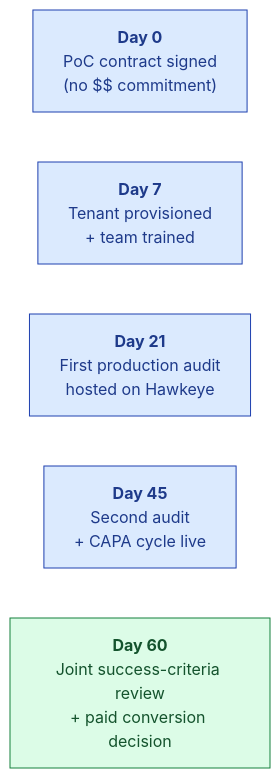
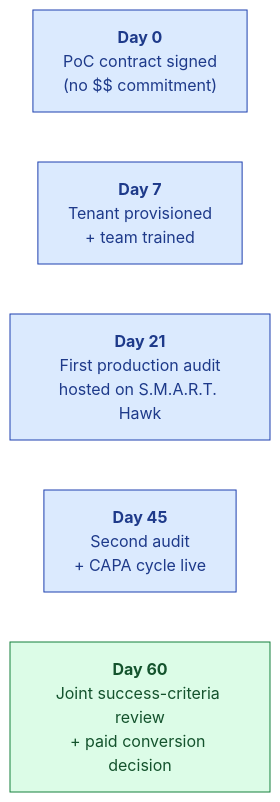
Before and after one commit to hawkeyetransact-dotcom/doc_v2: the fourth of 5 diagrams in 09-sales-marketing/pitch-materials/QA-HEAD-DECK.md, drawn with Mermaid. The commit also changed other lines of this file and 105 other files, not shown here.

First line of the commit message:
Rebrand docs: Hawkeye -> S.M.A.R.T. Hawk; S.M.A.R.T. five-pillar pipeline

````diff
--- a/09-sales-marketing/pitch-materials/QA-HEAD-DECK.md
+++ b/09-sales-marketing/pitch-materials/QA-HEAD-DECK.md
@@ -209,11 +209,11 @@
 ```mermaid
 flowchart LR
     classDef step fill:#DBEAFE,stroke:#1E40AF,color:#1E3A8A
     classDef win fill:#DCFCE7,stroke:#15803D,color:#14532D
 
     D0["<b>Day 0</b><br/>PoC contract signed<br/>(no $$ commitment)"]:::step
     D7["<b>Day 7</b><br/>Tenant provisioned<br/>+ team trained"]:::step
-    D21["<b>Day 21</b><br/>First production audit<br/>hosted on Hawkeye"]:::step
+    D21["<b>Day 21</b><br/>First production audit<br/>hosted on S.M.A.R.T. Hawk"]:::step
     D45["<b>Day 45</b><br/>Second audit<br/>+ CAPA cycle live"]:::step
     D60["<b>Day 60</b><br/>Joint success-criteria review<br/>+ paid conversion decision"]:::win
 ```
````
